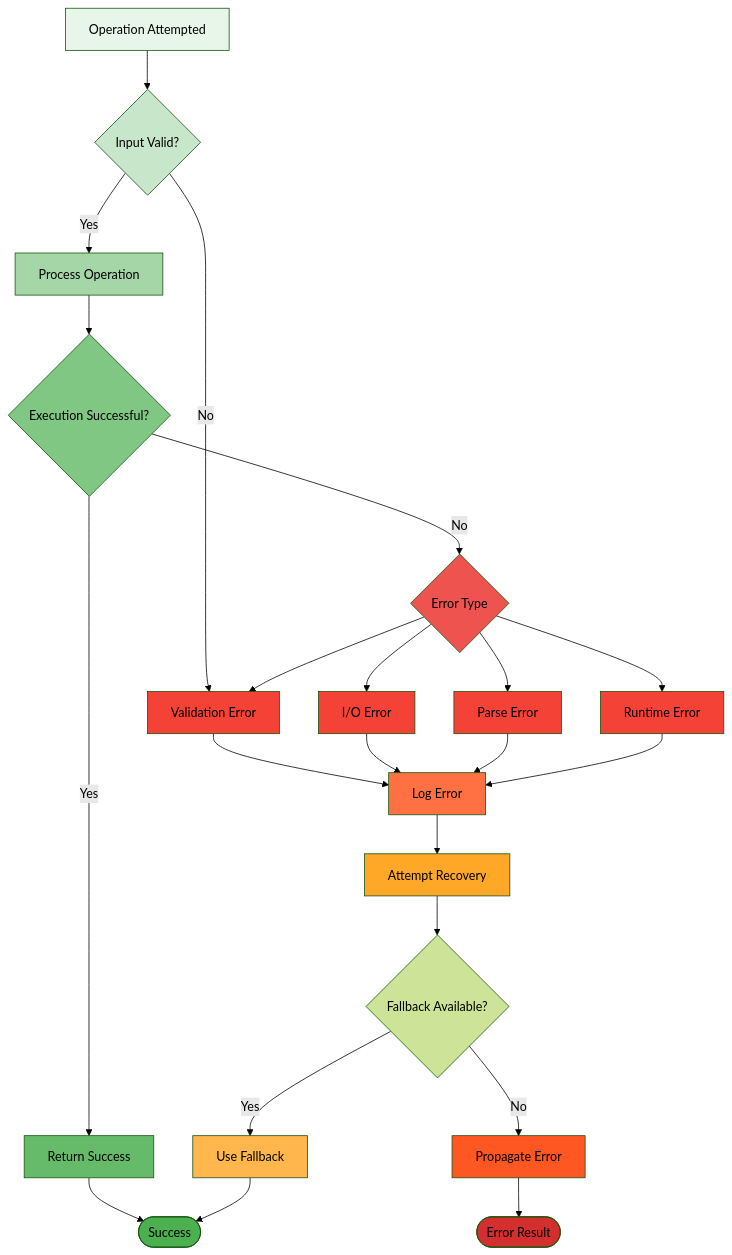
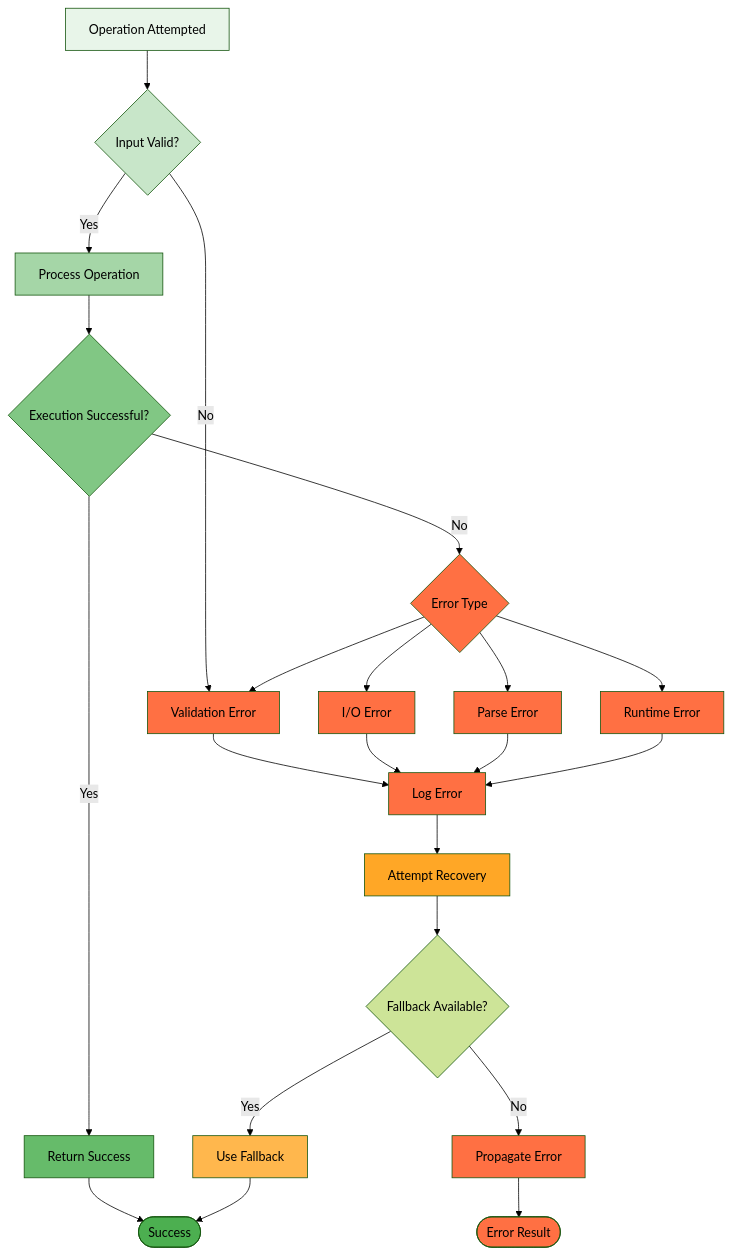
Before and after one commit to JEleniel/engage-ux: the tenth of 10 diagrams in docs/design/architecture/Data_Flow.md, drawn with Mermaid (forest theme). The commit also changed other lines of this file and 4 other files, not shown here.

First line of the commit message:
Fix WCAG AAA compliance and improve diagram color consistency

````diff
--- a/docs/design/architecture/Data_Flow.md
+++ b/docs/design/architecture/Data_Flow.md
@@ -444,72 +444,72 @@
 ```mermaid
 flowchart TB
     START[Operation Attempted]
     
     VALIDATE{Input Valid?}
     PROCESS[Process Operation]
     
     EXEC{Execution Successful?}
     SUCCESS[Return Success]
     
     ERROR{Error Type}
     VALIDATION_ERR[Validation Error]
     IO_ERR[I/O Error]
     PARSE_ERR[Parse Error]
     RUNTIME_ERR[Runtime Error]
     
     LOG[Log Error]
     RECOVER[Attempt Recovery]
     
     FALLBACK{Fallback Available?}
     USE_FALLBACK[Use Fallback]
     PROPAGATE[Propagate Error]
     
     END_SUCCESS([Success])
     END_ERROR([Error Result])
     
     START --> VALIDATE
     VALIDATE -->|No| VALIDATION_ERR
     VALIDATE -->|Yes| PROCESS
     
     PROCESS --> EXEC
     EXEC -->|Yes| SUCCESS
     EXEC -->|No| ERROR
     
     SUCCESS --> END_SUCCESS
     
     ERROR --> VALIDATION_ERR
     ERROR --> IO_ERR
     ERROR --> PARSE_ERR
     ERROR --> RUNTIME_ERR
     
     VALIDATION_ERR --> LOG
     IO_ERR --> LOG
     PARSE_ERR --> LOG
     RUNTIME_ERR --> LOG
     
     LOG --> RECOVER
     RECOVER --> FALLBACK
     
     FALLBACK -->|Yes| USE_FALLBACK
     FALLBACK -->|No| PROPAGATE
     
     USE_FALLBACK --> END_SUCCESS
     PROPAGATE --> END_ERROR
     
     style START fill:#e8f5e9
     style VALIDATE fill:#c8e6c9
     style PROCESS fill:#a5d6a7
     style EXEC fill:#81c784
     style SUCCESS fill:#66bb6a
-    style ERROR fill:#ef5350
-    style VALIDATION_ERR fill:#f44336
-    style IO_ERR fill:#f44336
-    style PARSE_ERR fill:#f44336
-    style RUNTIME_ERR fill:#f44336
+    style ERROR fill:#ff7043
+    style VALIDATION_ERR fill:#ff7043
+    style IO_ERR fill:#ff7043
+    style PARSE_ERR fill:#ff7043
+    style RUNTIME_ERR fill:#ff7043
     style LOG fill:#ff7043
     style RECOVER fill:#ffa726
     style USE_FALLBACK fill:#ffb74d
-    style PROPAGATE fill:#ff5722
+    style PROPAGATE fill:#ff7043
     style END_SUCCESS fill:#4caf50
-    style END_ERROR fill:#d32f2f
+    style END_ERROR fill:#ff7043
 ```
````
